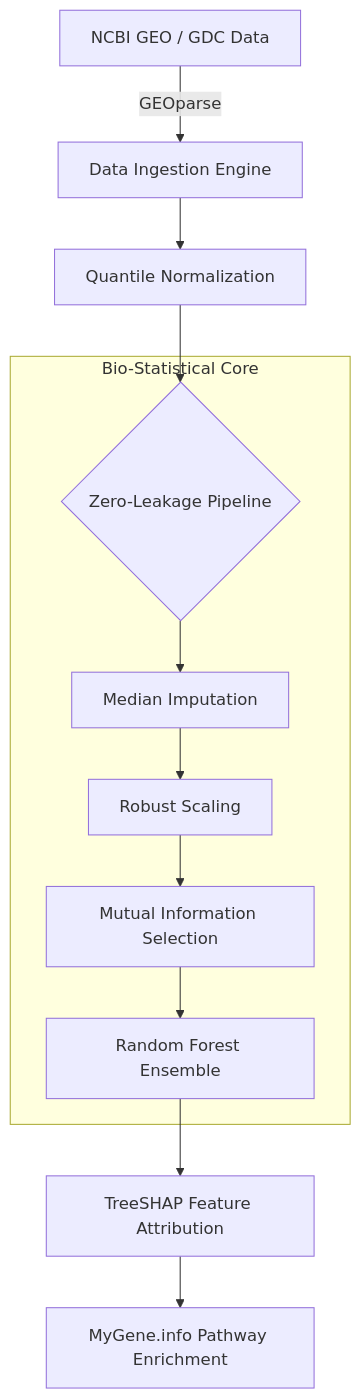
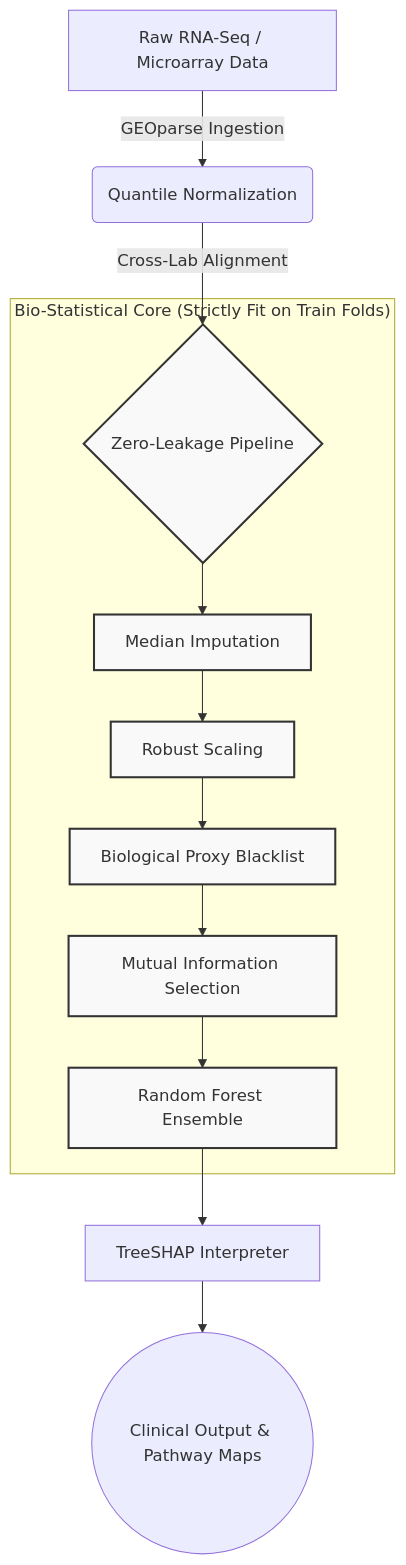
The diagram in README.md (fs0cietyx/CytoGraph-ML), drawn with Mermaid before and after one commit. The commit also changed other lines of this file, not shown here.

````diff
--- a/README.md
+++ b/README.md
@@ -28,14 +70,19 @@
 ```mermaid
 graph TD
-    A[NCBI GEO / GDC Data] -->|GEOparse| B[Data Ingestion Engine]
-    B --> C[Quantile Normalization]
-    C --> D{Zero-Leakage Pipeline}
-    subgraph "Bio-Statistical Core"
-    D --> E[Median Imputation]
-    E --> F[Robust Scaling]
+    A[Raw RNA-Seq / Microarray Data] -->|GEOparse Ingestion| B(Quantile Normalization)
+    B -->|Cross-Lab Alignment| C{Zero-Leakage Pipeline}
+    
+    subgraph "Bio-Statistical Core (Strictly Fit on Train Folds)"
+    C --> D[Median Imputation]
+    D --> E[Robust Scaling]
+    E --> F[Biological Proxy Blacklist]
     F --> G[Mutual Information Selection]
     G --> H[Random Forest Ensemble]
     end
-    H --> I[TreeSHAP Feature Attribution]
-    I --> J[MyGene.info Pathway Enrichment]
+    
+    H --> I[TreeSHAP Interpreter]
+    I --> J((Clinical Output & Pathway Maps))
+    
+    classDef core fill:#f9f9f9,stroke:#333,stroke-width:2px;
+    class C,D,E,F,G,H core;
 ```
````
